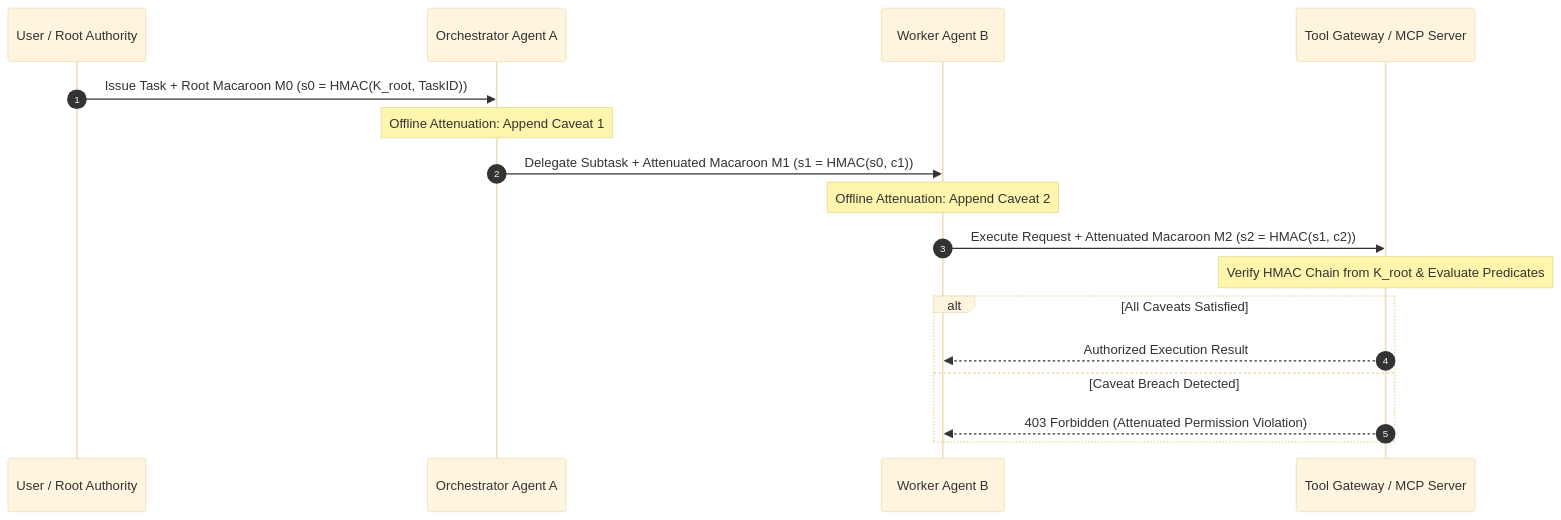
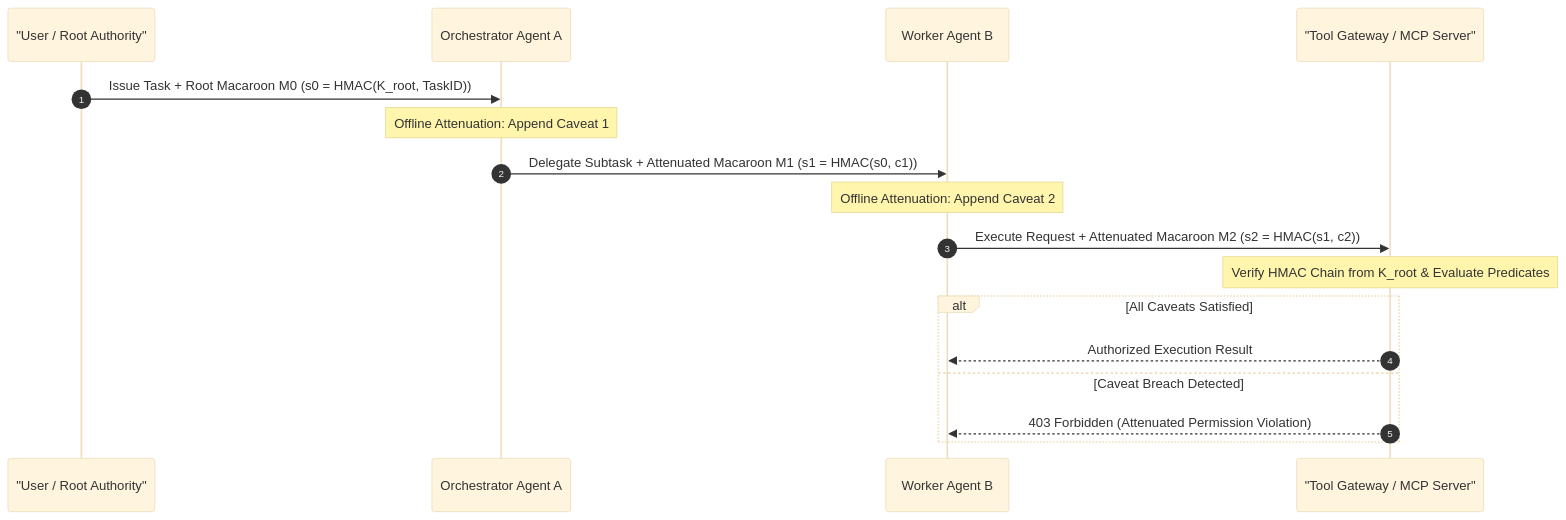
The diagram in case-studies/21-a2a-zero-trust-capability-tokens/README.md (prethiv/Agentic-AI-Case-studies), drawn with Mermaid (base theme) before and after one commit. The commit also changed 12 other files, not shown here.

Commit message:
fix(mermaid): resolve syntax errors under Mermaid 11.17.2 and add diagram integrity unit tests

````diff
--- a/case-studies/21-a2a-zero-trust-capability-tokens/README.md
+++ b/case-studies/21-a2a-zero-trust-capability-tokens/README.md
@@ -95,20 +95,20 @@
 ```mermaid
 sequenceDiagram
     autonumber
-    participant User as User / Root Authority
+    participant User as "User / Root Authority"
     participant AgentA as Orchestrator Agent A
     participant AgentB as Worker Agent B
-    participant Tool as Tool Gateway / MCP Server
+    participant Tool as "Tool Gateway / MCP Server"
 
     User->>AgentA: Issue Task + Root Macaroon M0 (s0 = HMAC(K_root, TaskID))
     Note over AgentA: Offline Attenuation: Append Caveat 1
     AgentA->>AgentB: Delegate Subtask + Attenuated Macaroon M1 (s1 = HMAC(s0, c1))
     Note over AgentB: Offline Attenuation: Append Caveat 2
     AgentB->>Tool: Execute Request + Attenuated Macaroon M2 (s2 = HMAC(s1, c2))
     Note over Tool: Verify HMAC Chain from K_root & Evaluate Predicates
     alt All Caveats Satisfied
         Tool-->>AgentB: Authorized Execution Result
     else Caveat Breach Detected
         Tool-->>AgentB: 403 Forbidden (Attenuated Permission Violation)
     end
 ```
````
